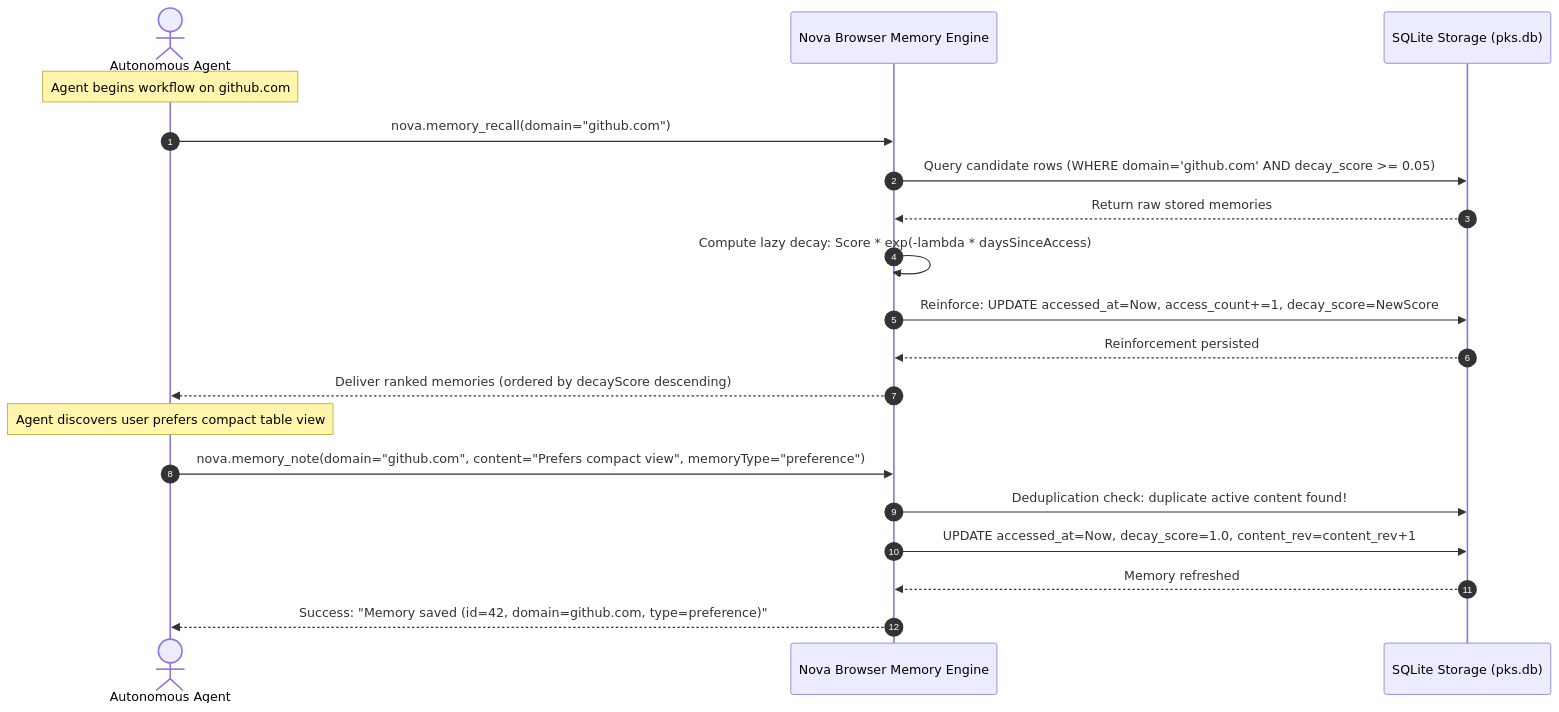
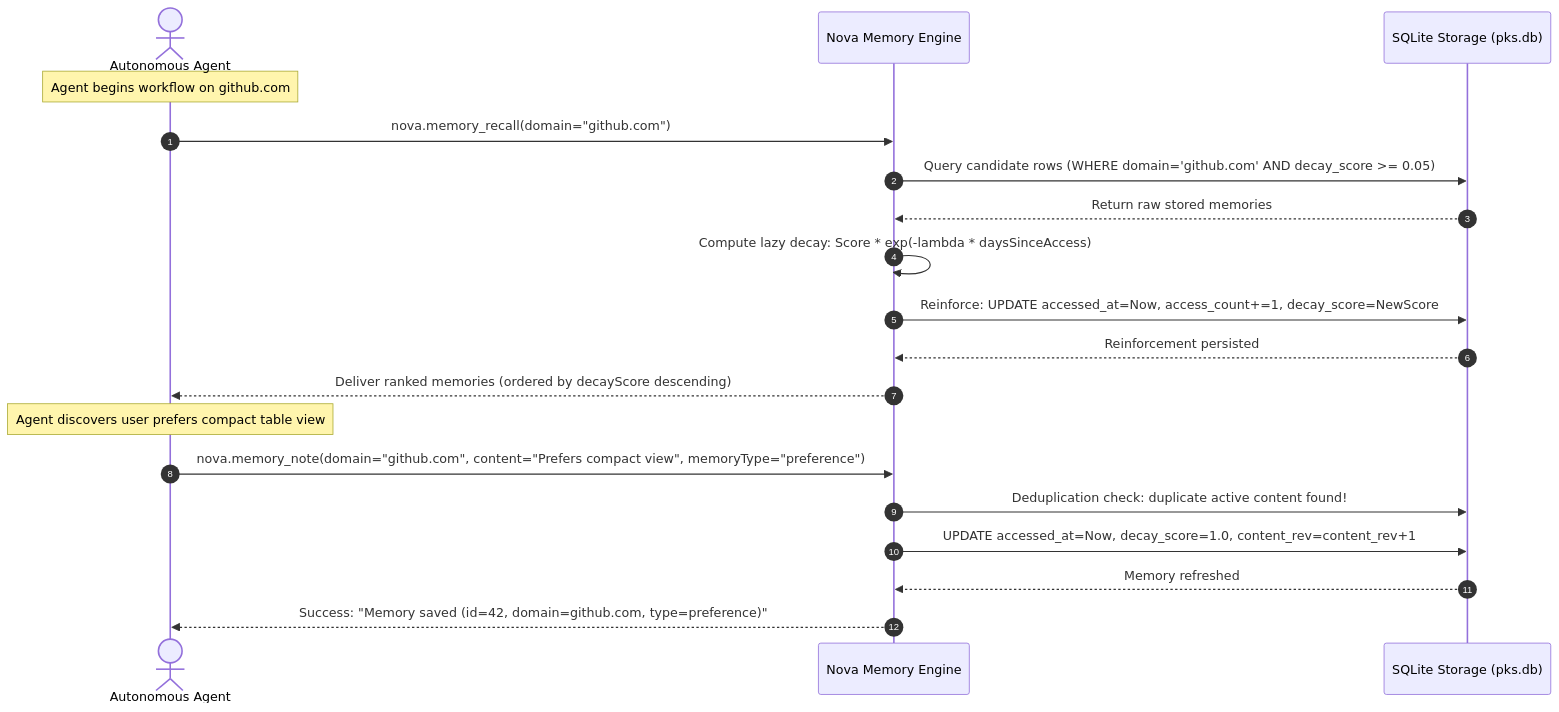
The second of 2 diagrams in docs/core-features/learning/browser-memory/README.md (joelaniol/nova), drawn with Mermaid before and after one commit. The commit also changed 15 other files, not shown here.

````diff
--- a/docs/core-features/learning/browser-memory/README.md
+++ b/docs/core-features/learning/browser-memory/README.md
@@ -63,25 +63,25 @@
 ```mermaid
 sequenceDiagram
     autonumber
     actor Agent as Autonomous Agent
-    participant Nova as Nova Browser Memory Engine
+    participant Nova as Nova Memory Engine
     participant DB as SQLite Storage (pks.db)
 
     Note over Agent: Agent begins workflow on github.com
     Agent->>Nova: nova.memory_recall(domain="github.com")
     Nova->>DB: Query candidate rows (WHERE domain='github.com' AND decay_score >= 0.05)
     DB-->>Nova: Return raw stored memories
     
     Nova->>Nova: Compute lazy decay: Score * exp(-lambda * daysSinceAccess)
     Nova->>DB: Reinforce: UPDATE accessed_at=Now, access_count+=1, decay_score=NewScore
     DB-->>Nova: Reinforcement persisted
     
     Nova-->>Agent: Deliver ranked memories (ordered by decayScore descending)
     
     Note over Agent: Agent discovers user prefers compact table view
     Agent->>Nova: nova.memory_note(domain="github.com", content="Prefers compact view", memoryType="preference")
     Nova->>DB: Deduplication check: duplicate active content found!
     Nova->>DB: UPDATE accessed_at=Now, decay_score=1.0, content_rev=content_rev+1
     DB-->>Nova: Memory refreshed
     Nova-->>Agent: Success: "Memory saved (id=42, domain=github.com, type=preference)"
 ```
````
